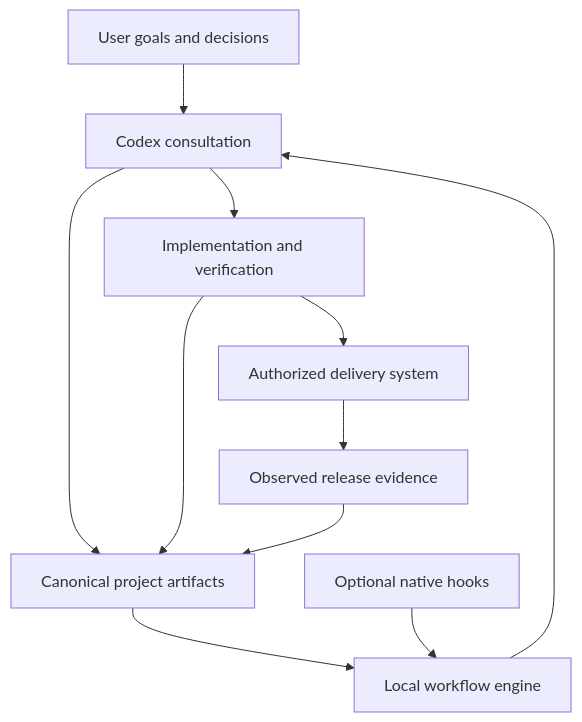
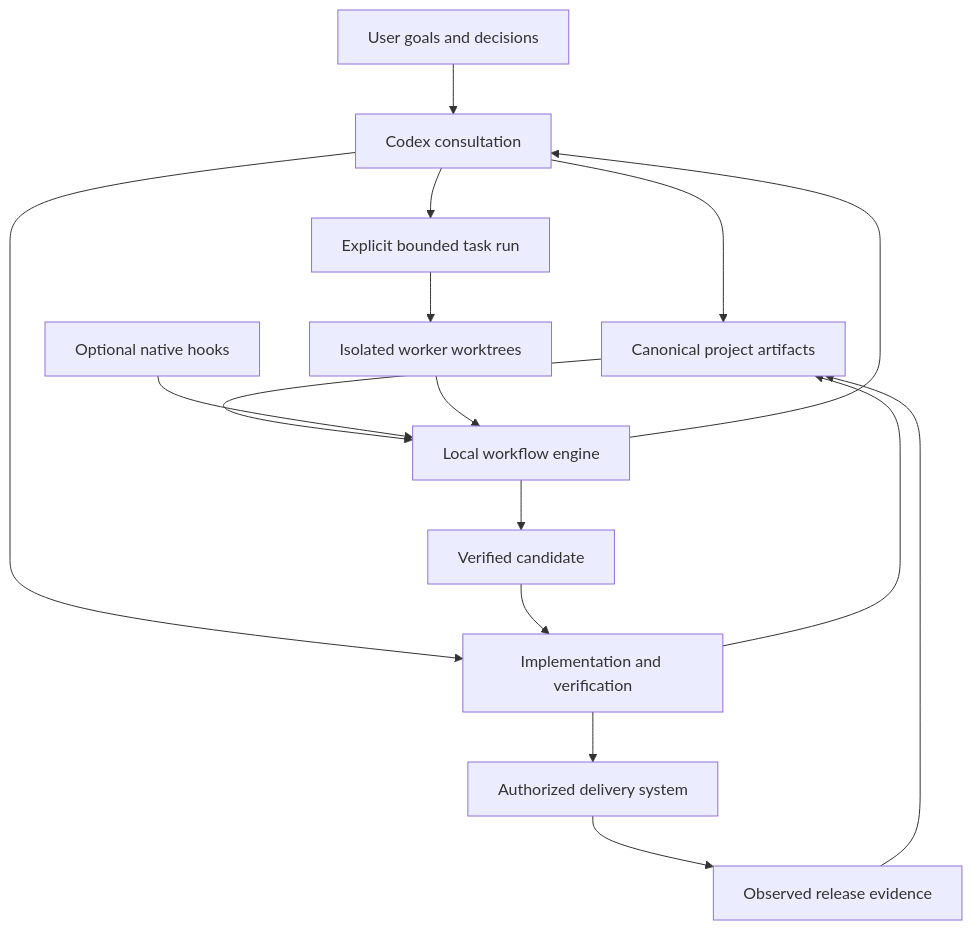
Before and after one commit to Levi-Breedlove/starter-template: the diagram in docs/workflow-architecture.md, drawn with Mermaid. The commit also changed other lines of this file and 72 other files, not shown here.

Commit message:
Implement developer specification workflow and bounded task execution

````diff
--- a/docs/workflow-architecture.md
+++ b/docs/workflow-architecture.md
@@ -7,13 +7,18 @@
 ```mermaid
 flowchart TD
     U[User goals and decisions] --> C[Codex consultation]
     C --> A[Canonical project artifacts]
     A --> V[Local workflow engine]
     V --> C
     H[Optional native hooks] --> V
     C --> I[Implementation and verification]
     I --> A
+    C --> R[Explicit bounded task run]
+    R --> W[Isolated worker worktrees]
+    W --> V
+    V --> P[Verified candidate]
+    P --> I
     I --> D[Authorized delivery system]
     D --> E[Observed release evidence]
     E --> A
 ```
````
